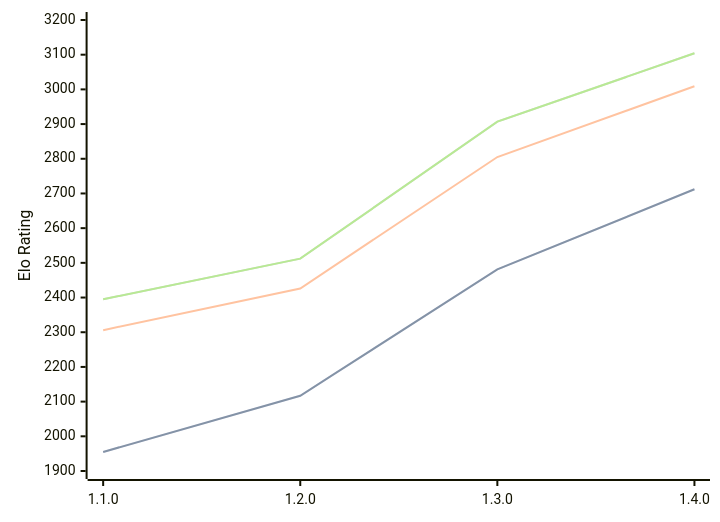
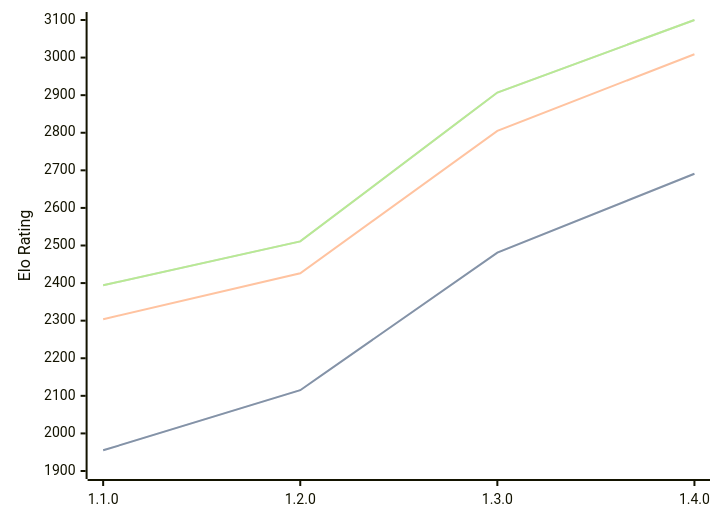
Before and after one commit to computer-chess-index/cci: the first of 3 diagrams in engines/Gyatso.md, drawn with Mermaid. The commit also changed other lines of this file, not shown here.

Commit message:
Update CCI Ratings (ELO VLTC) - 2026-06-19

````diff
--- a/engines/Gyatso.md
+++ b/engines/Gyatso.md
@@ -35,11 +35,11 @@
 ```mermaid
 %%{init: {"theme":"base","themeVariables":{"seriesColors:['#a3a3a3','#222221','#faa371']}}}%%
 xychart-beta
   x-axis ["1.1.0", "1.2.0", "1.3.0", "1.4.0"]
-  y-axis "Elo Rating" 1900 --> 3200
-  line "STC (8.0+0.08s)" [1955, 2117, 2481, 2712]
-  line "STC (8.0+0.08s)" [1955, 2117, 2481, 2712]
-  line "LTC (60.0+0.60s)" [2306, 2426, 2805, 3009]
-  line "VLTC (2m24s+1.12s)" [2395, 2512, 2907, 3104]
-  line "VLTC (2m24s+1.12s)" [2395, 2512, 2907, 3104]
+  y-axis "Elo Rating" 1900 --> 3100
+  line "STC (8.0+0.08s)" [1955, 2115, 2481, 2691]
+  line "STC (8.0+0.08s)" [1955, 2115, 2481, 2691]
+  line "LTC (60.0+0.60s)" [2304, 2426, 2805, 3009]
+  line "VLTC (2m24s+1.12s)" [2394, 2511, 2907, 3100]
+  line "VLTC (2m24s+1.12s)" [2394, 2511, 2907, 3100]
 ```
````
